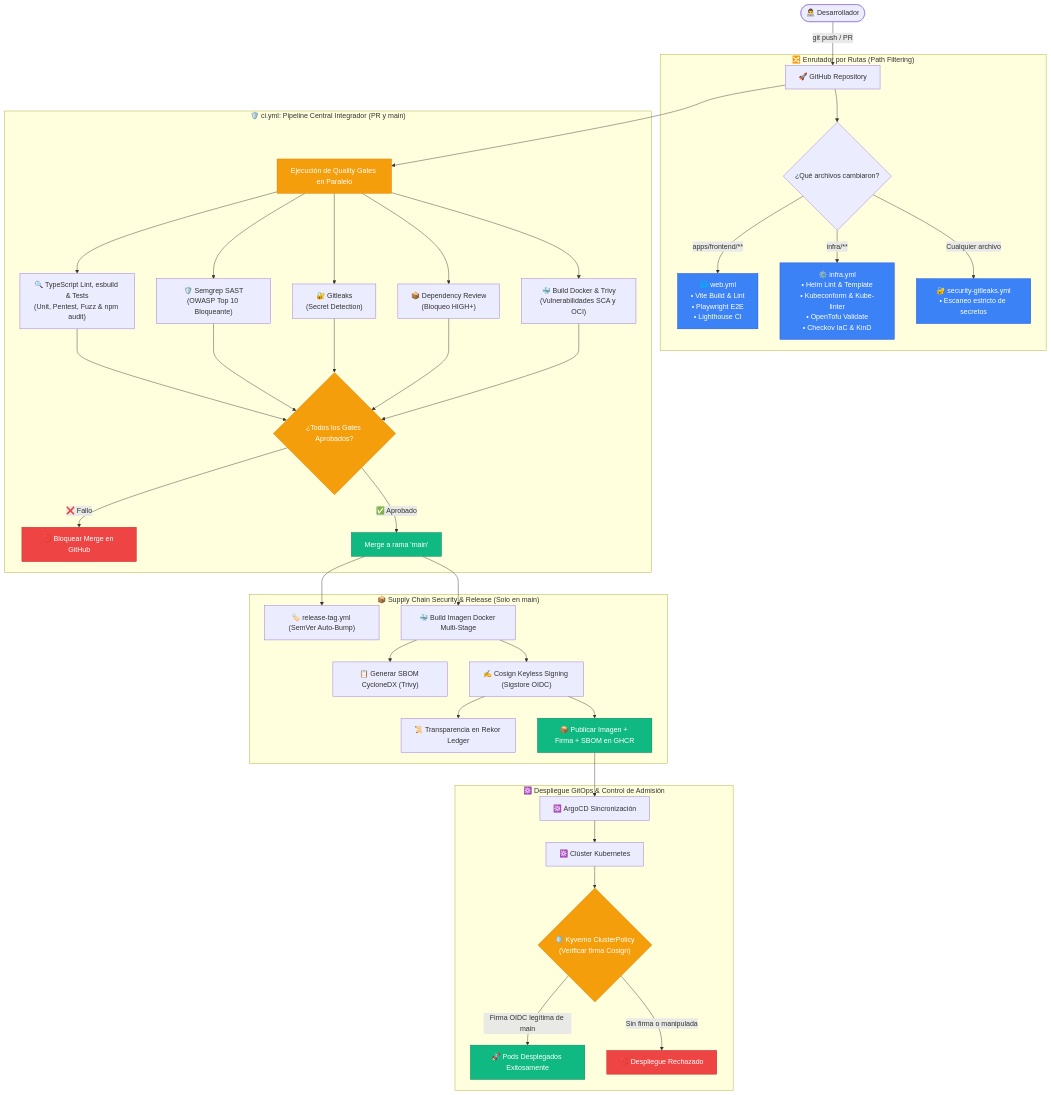
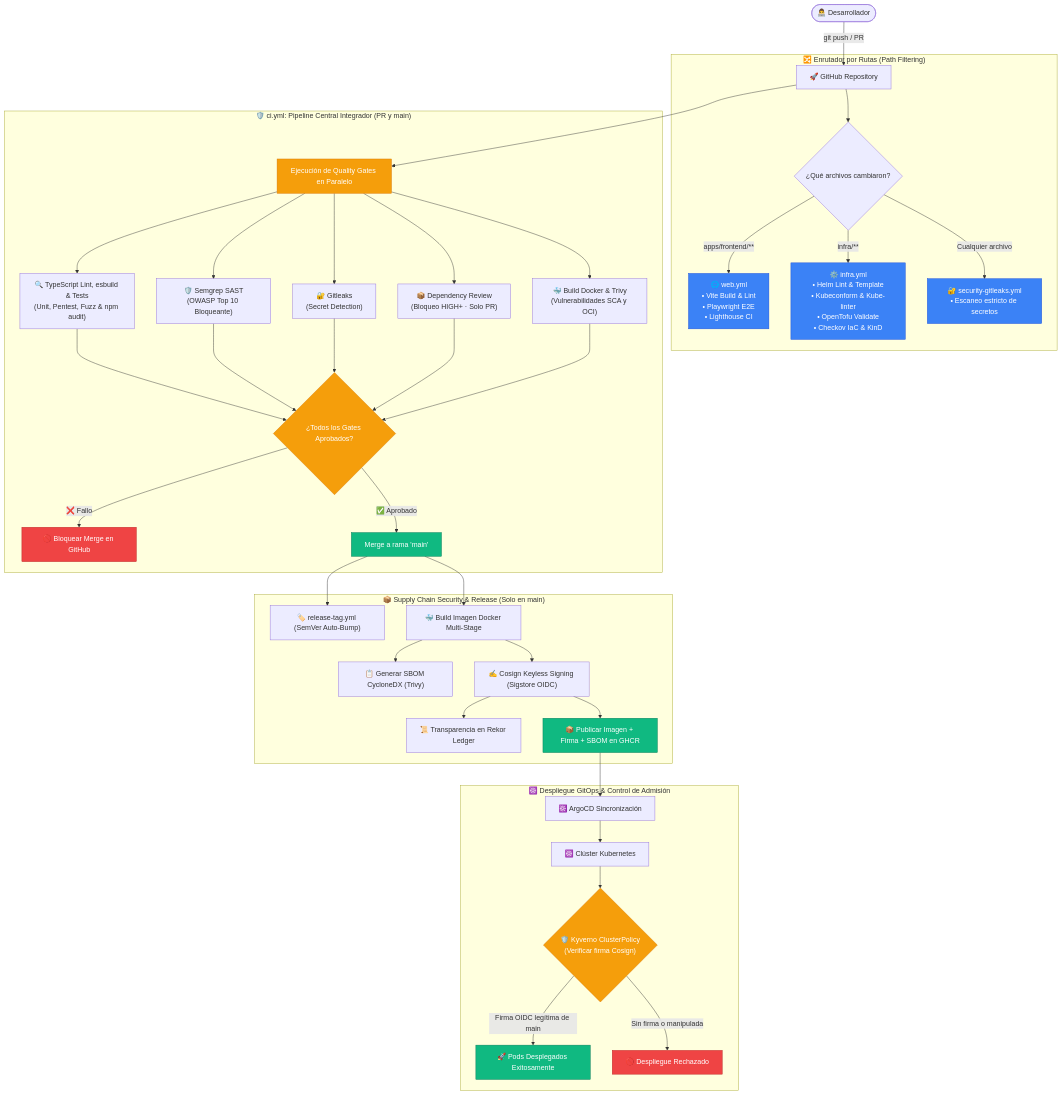
Before and after one commit to rocapellino/pokedex: the diagram in docs/devops/GITHUB_WORKFLOWS_GUIDE.md, drawn with Mermaid. The commit also changed other lines of this file and 4 other files, not shown here.

````diff
--- a/docs/devops/GITHUB_WORKFLOWS_GUIDE.md
+++ b/docs/devops/GITHUB_WORKFLOWS_GUIDE.md
@@ -41,51 +41,51 @@
 ```mermaid
 flowchart TD
     DEV(["👨‍💻 Desarrollador"]) -->|git push / PR| GH["🚀 GitHub Repository"]
 
     subgraph TRIGGER_ROUTER ["🔀 Enrutador por Rutas (Path Filtering)"]
         GH --> CHK_PATH{"¿Qué archivos cambiaron?"}
         CHK_PATH -->|apps/frontend/**| WF_WEB["🌐 web.yml\n• Vite Build & Lint\n• Playwright E2E\n• Lighthouse CI"]
         CHK_PATH -->|infra/**| WF_INFRA["⚙️ infra.yml\n• Helm Lint & Template\n• Kubeconform & Kube-linter\n• OpenTofu Validate\n• Checkov IaC & KinD"]
         CHK_PATH -->|Cualquier archivo| WF_LEAKS["🔐 security-gitleaks.yml\n• Escaneo estricto de secretos"]
     end
 
     subgraph CI_PIPELINE ["🛡️ ci.yml: Pipeline Central Integrador (PR y main)"]
         GH --> GATES_PARALLEL["Ejecución de Quality Gates en Paralelo"]
         GATES_PARALLEL --> QG1["🔍 TypeScript Lint, esbuild & Tests\n(Unit, Pentest, Fuzz & npm audit)"]
         GATES_PARALLEL --> QG2["🛡️ Semgrep SAST\n(OWASP Top 10 Bloqueante)"]
         GATES_PARALLEL --> QG3["🔐 Gitleaks\n(Secret Detection)"]
-        GATES_PARALLEL --> QG4["📦 Dependency Review\n(Bloqueo HIGH+)"]
+        GATES_PARALLEL --> QG4["📦 Dependency Review\n(Bloqueo HIGH+ · Solo PR)"]
         GATES_PARALLEL --> QG5["🐳 Build Docker & Trivy\n(Vulnerabilidades SCA y OCI)"]
 
         QG1 & QG2 & QG3 & QG4 & QG5 --> GATE_DECISION{"¿Todos los Gates Aprobados?"}
         GATE_DECISION -->|❌ Fallo| BLOCK_PR["🚫 Bloquear Merge en GitHub"]
         GATE_DECISION -->|✅ Aprobado| MERGE_MAIN["Merge a rama 'main'"]
     end
 
     subgraph SUPPLY_CHAIN ["📦 Supply Chain Security & Release (Solo en main)"]
         MERGE_MAIN --> BUMP["🏷️ release-tag.yml (SemVer Auto-Bump)"]
         MERGE_MAIN --> DOCKER_BUILD["🐳 Build Imagen Docker Multi-Stage"]
         DOCKER_BUILD --> SYFT_SBOM["📋 Generar SBOM CycloneDX (Trivy)"]
         DOCKER_BUILD --> COSIGN_SIGN["✍️ Cosign Keyless Signing (Sigstore OIDC)"]
         COSIGN_SIGN --> REKOR["📜 Transparencia en Rekor Ledger"]
         COSIGN_SIGN --> PUSH_GHCR["📦 Publicar Imagen + Firma + SBOM en GHCR"]
     end
 
     subgraph DEPLOYMENT ["☸️ Despliegue GitOps & Control de Admisión"]
         PUSH_GHCR --> ARGO["☸️ ArgoCD Sincronización"]
         ARGO --> K8S["☸️ Clúster Kubernetes"]
         K8S --> KYVERNO{"🛡️ Kyverno ClusterPolicy\n(Verificar firma Cosign)"}
         KYVERNO -->|Firma OIDC legítima de main| DEPLOY_OK["🚀 Pods Desplegados Exitosamente"]
         KYVERNO -->|Sin firma o manipulada| DEPLOY_FAIL["🚫 Despliegue Rechazado"]
     end
 
     classDef normal fill:#3b82f6,stroke:#1d4ed8,color:#fff;
     classDef gate fill:#f59e0b,stroke:#d97706,color:#fff;
     classDef success fill:#10b981,stroke:#047857,color:#fff;
     classDef error fill:#ef4444,stroke:#b91c1c,color:#fff;
 
     class WF_WEB,WF_INFRA,WF_LEAKS normal;
     class GATES_PARALLEL,GATE_DECISION,KYVERNO gate;
     class MERGE_MAIN,PUSH_GHCR,DEPLOY_OK success;
     class BLOCK_PR,DEPLOY_FAIL error;
 ```
````
